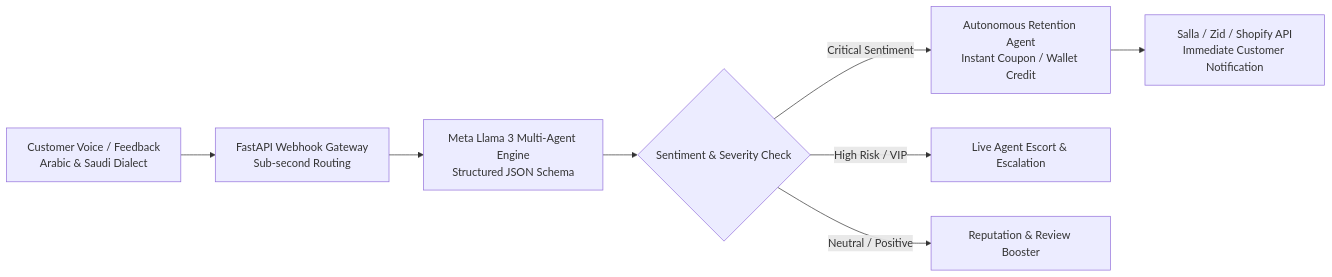
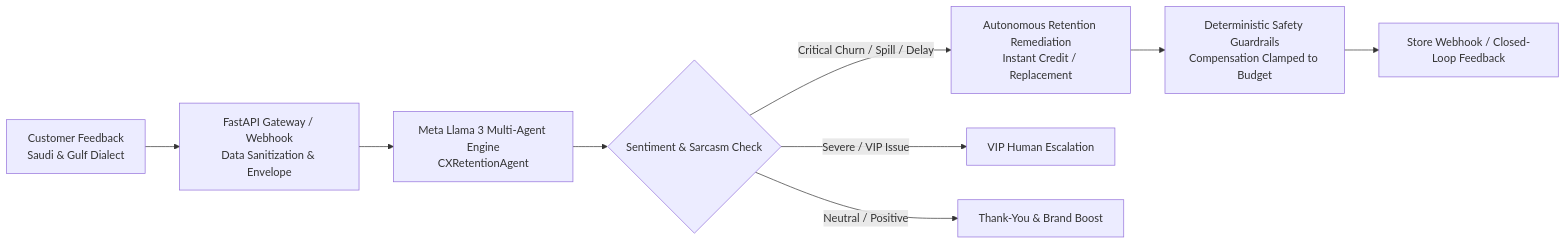
One commit to moon15mm/meqyas-ai changed the diagram in HACKATHON_SUBMISSION.md. Above: the diagram before and after it, drawn with Mermaid. The commit also changed other lines of this file and 9 other files, not shown here.

Commit message:
feat: implement CXRetentionAgent with Meta Llama 3 dialect analysis and verified test suite

````diff
--- a/HACKATHON_SUBMISSION.md
+++ b/HACKATHON_SUBMISSION.md
@@ -32,10 +32,11 @@
 ```mermaid
 flowchart LR
-    A[Customer Voice / Feedback<br/>Arabic & Saudi Dialect] --> B[FastAPI Webhook Gateway<br/>Sub-second Routing]
-    B --> C[Meta Llama 3 Multi-Agent Engine<br/>Structured JSON Schema]
-    C --> D{Sentiment & Severity Check}
-    D -- Critical Sentiment --> E[Autonomous Retention Agent<br/>Instant Coupon / Wallet Credit]
-    D -- High Risk / VIP --> F[Live Agent Escort & Escalation]
-    D -- Neutral / Positive --> G[Reputation & Review Booster]
-    E --> H[Salla / Zid / Shopify API<br/>Immediate Customer Notification]
+    A[Customer Feedback<br/>Saudi & Gulf Dialect] --> B[FastAPI Gateway / Webhook<br/>Data Sanitization & Envelope]
+    B --> C[Meta Llama 3 Multi-Agent Engine<br/>CXRetentionAgent]
+    C --> D{Sentiment & Sarcasm Check}
+    D -- Critical Churn / Spill / Delay --> E[Autonomous Retention Remediation<br/>Instant Credit / Replacement]
+    D -- Severe / VIP Issue --> F[VIP Human Escalation]
+    D -- Neutral / Positive --> G[Thank-You & Brand Boost]
+    E --> H[Deterministic Safety Guardrails<br/>Compensation Clamped to Budget]
+    H --> I[Store Webhook / Closed-Loop Feedback]
 ```
````
